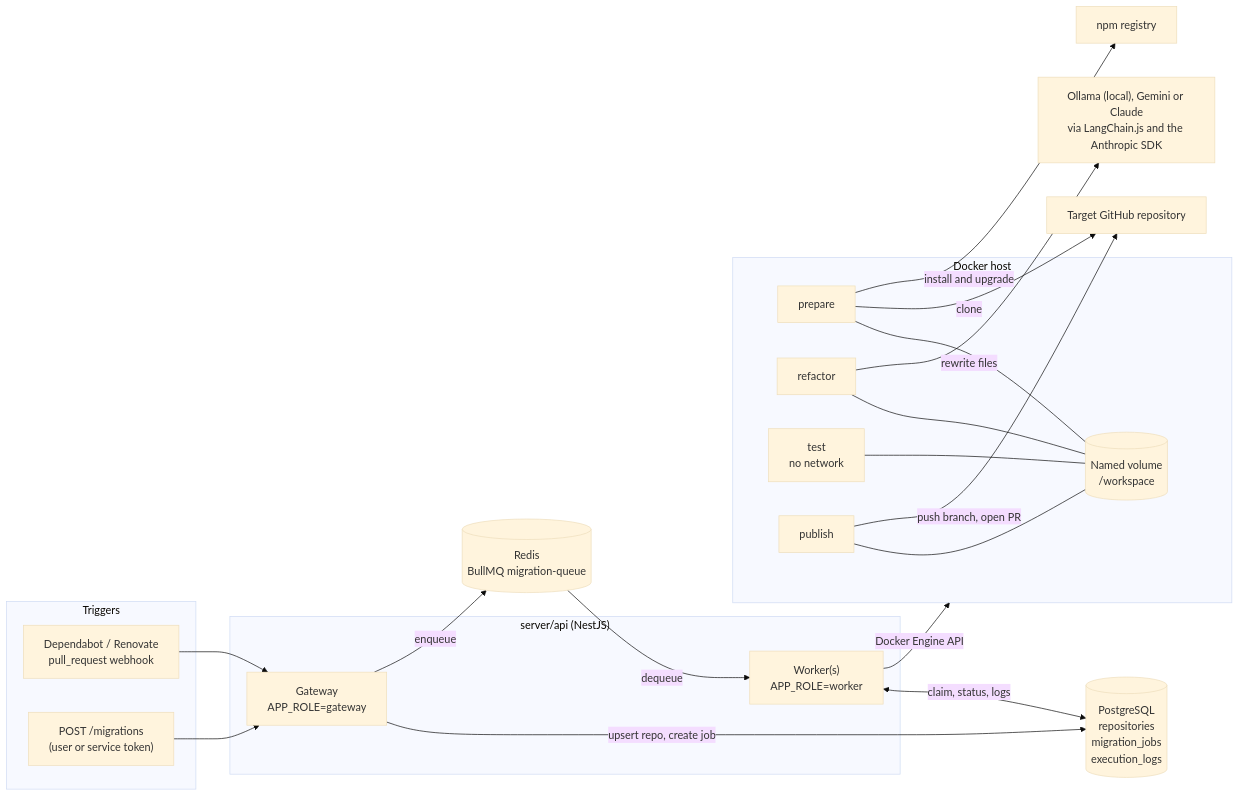
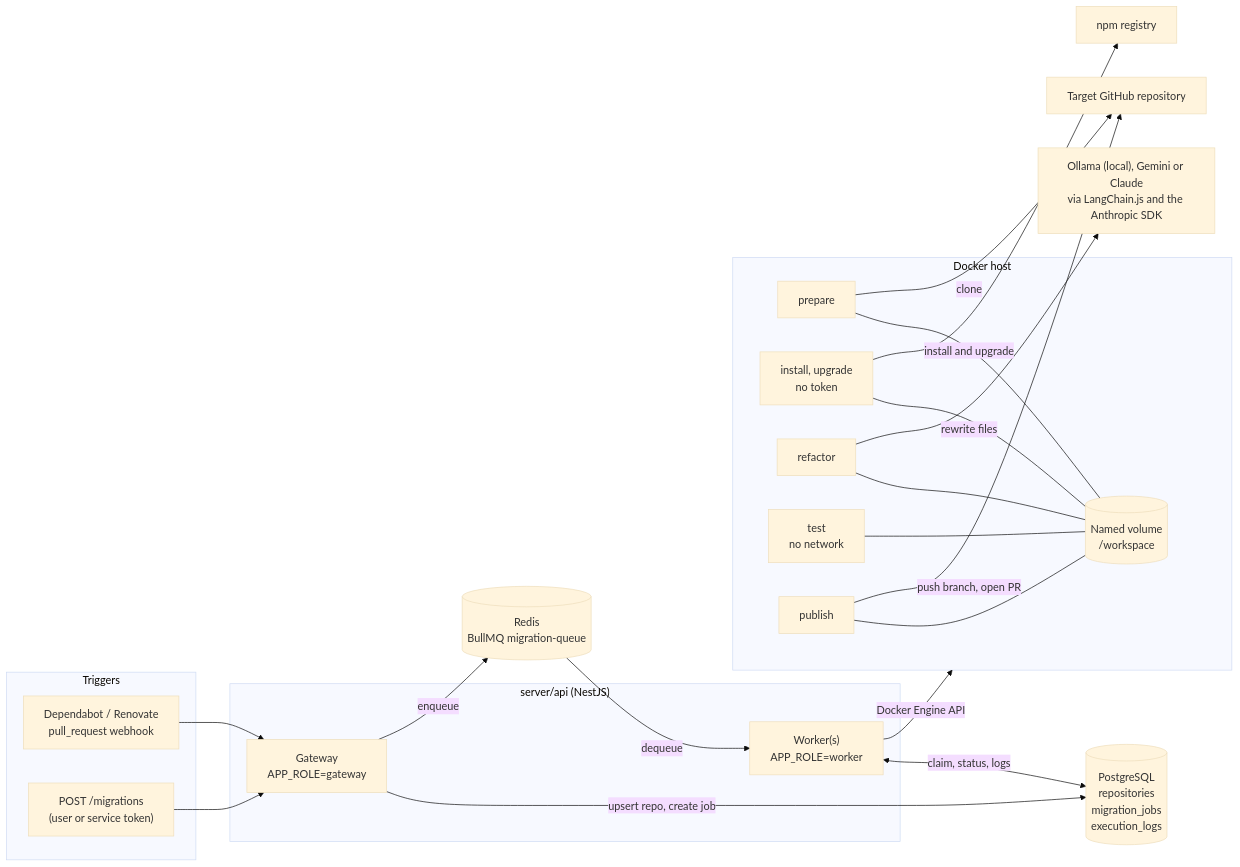
The first of 6 diagrams in README.md (kiet08hogit/SyncLab), drawn with Mermaid (base theme) before and after one commit. The commit also changed other lines of this file and 24 other files, not shown here.

````diff
--- a/README.md
+++ b/README.md
@@ -34,40 +34,41 @@
 ```mermaid
 flowchart LR
     subgraph Triggers
         GH["Dependabot / Renovate<br/>pull_request webhook"]
         API["POST /migrations<br/>(user or service token)"]
     end
 
     subgraph Server["server/api (NestJS)"]
         GW["Gateway<br/>APP_ROLE=gateway"]
         WK["Worker(s)<br/>APP_ROLE=worker"]
     end
 
     PG[("PostgreSQL<br/>repositories<br/>migration_jobs<br/>execution_logs")]
     RD[("Redis<br/>BullMQ migration-queue")]
 
     subgraph Docker["Docker host"]
         VOL[("Named volume<br/>/workspace")]
         P["prepare"]
+        I["install, upgrade<br/>no token"]
         R["refactor"]
         T["test<br/>no network"]
         PB["publish"]
     end
 
     LLM["Ollama (local), Gemini or Claude<br/>via LangChain.js and the Anthropic SDK"]
     NPM["npm registry"]
     REPO["Target GitHub repository"]
 
     GH --> GW
     API --> GW
     GW -->|"upsert repo, create job"| PG
     GW -->|"enqueue"| RD
     RD -->|"dequeue"| WK
     WK <-->|"claim, status, logs"| PG
     WK -->|"Docker Engine API"| Docker
-    P & R & T & PB --- VOL
+    P & I & R & T & PB --- VOL
     P -->|"clone"| REPO
-    P -->|"install and upgrade"| NPM
+    I -->|"install and upgrade"| NPM
     R -->|"rewrite files"| LLM
     PB -->|"push branch, open PR"| REPO
 ```
````
